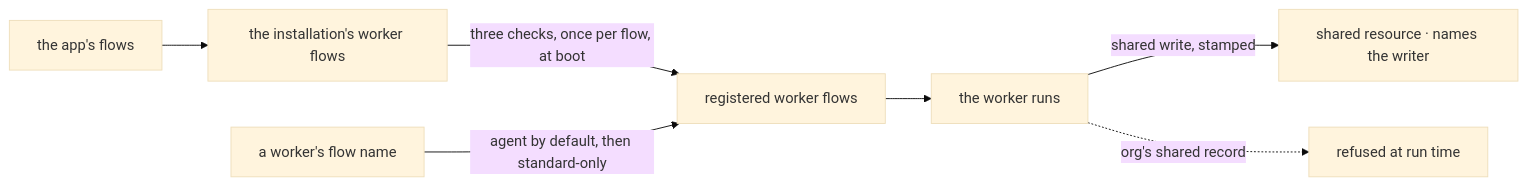
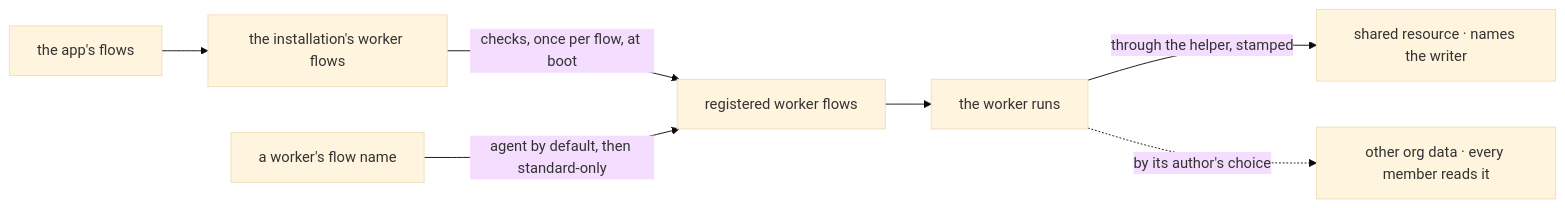
One commit to fixpoint-labs/flow-state-dev changed the second of 2 diagrams in specs/issues/FIX-1789/SPEC.md. Above: the diagram before and after it, drawn with Mermaid (base theme). The commit also changed other lines of this file and 13 other files, not shown here.

````diff
--- a/specs/issues/FIX-1789/SPEC.md
+++ b/specs/issues/FIX-1789/SPEC.md
@@ -85,9 +89,9 @@
 ```mermaid
 flowchart LR
   F["the app's flows"] --> L["the installation's worker flows"]
-  L -->|"three checks, once per flow, at boot"| R["registered worker flows"]
+  L -->|"checks, once per flow, at boot"| R["registered worker flows"]
   W["a worker's flow name"] -->|"agent by default, then standard-only"| R
   R --> S["the worker runs"]
-  S -->|"shared write, stamped"| O["shared resource · names the writer"]
-  S -.->|"org's shared record"| G["refused at run time"]
+  S -->|"through the helper, stamped"| O["shared resource · names the writer"]
+  S -.->|"by its author's choice"| G["other org data · every member reads it"]
 ```
````
